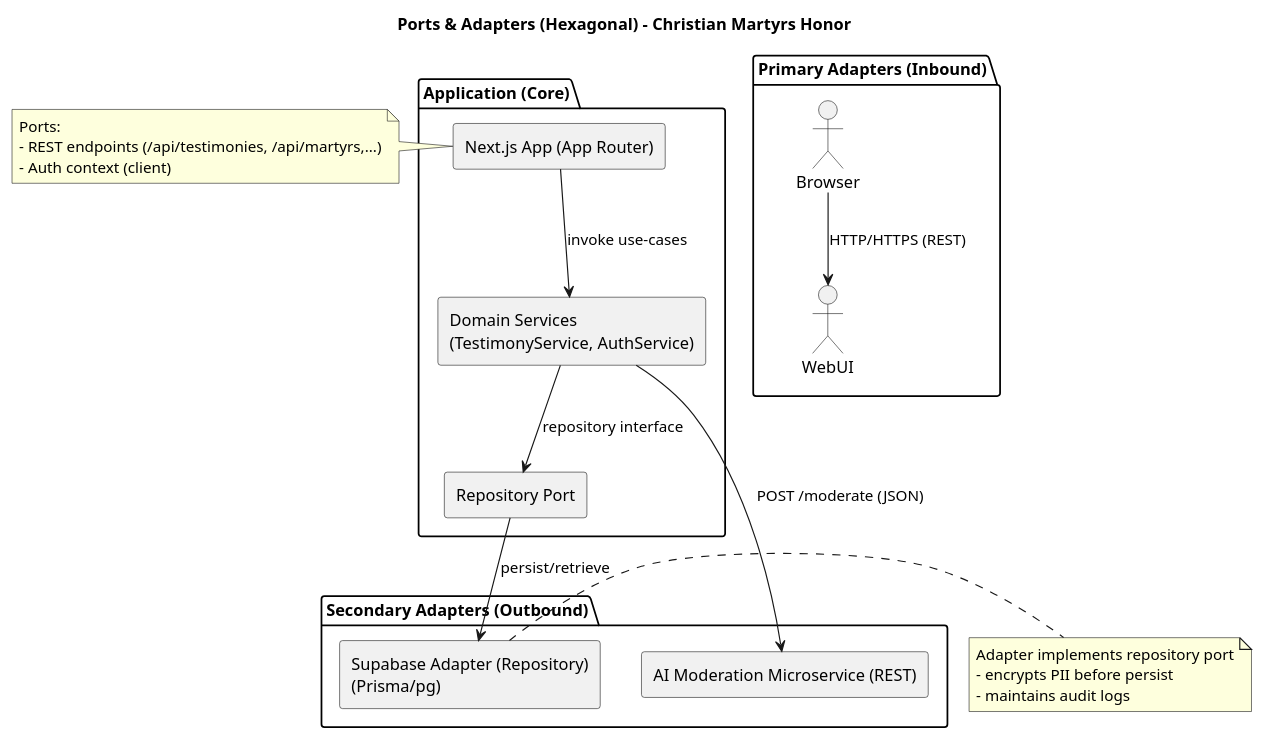
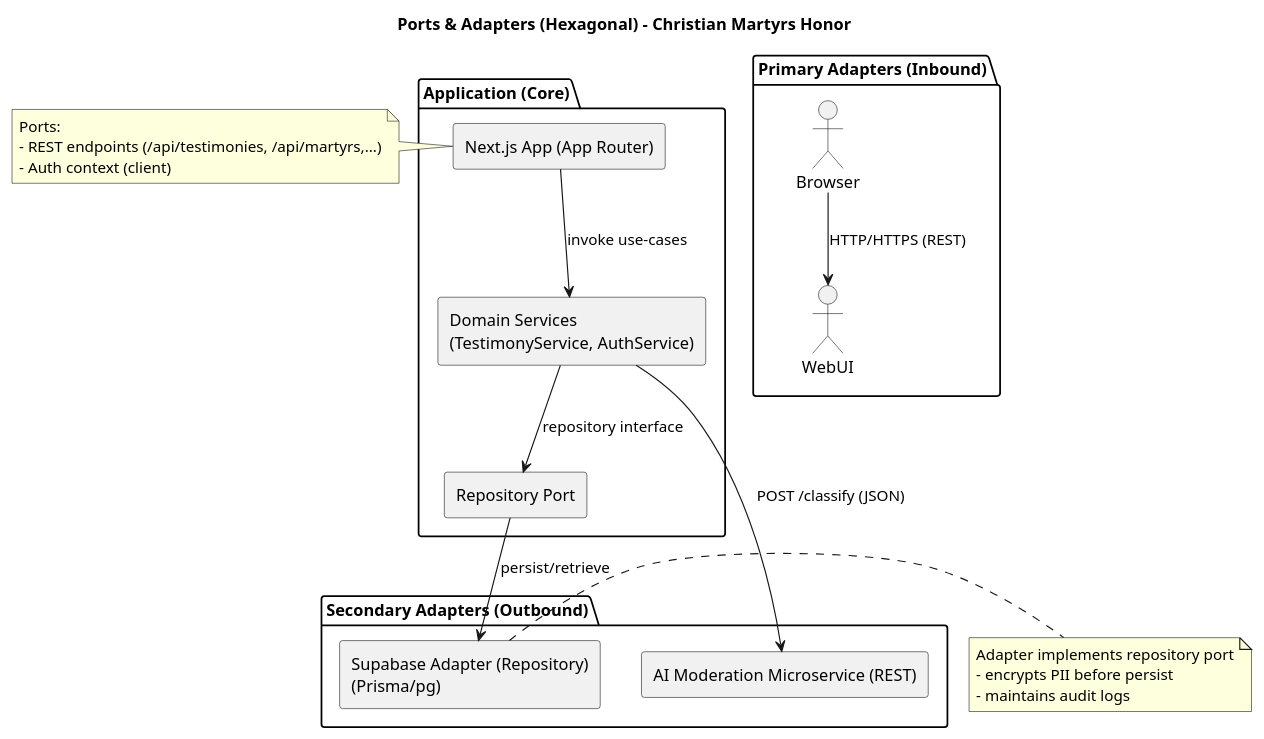
Before and after one commit to WAJoseph/christian-martyrs-honor: the diagram in docs/diagrams/ports_and_adapters.puml, drawn with PlantUML. The commit also changed 4 other files, not shown here.

Commit message:
fix: diagrams

```diff
--- a/docs/diagrams/ports_and_adapters.puml
+++ b/docs/diagrams/ports_and_adapters.puml
@@ -1,36 +1,36 @@
 @startuml
 title Ports & Adapters (Hexagonal) - Christian Martyrs Honor
 
 package "Primary Adapters (Inbound)" {
   actor Browser
   Browser --> WebUI : HTTP/HTTPS (REST)
 }
 
 package "Application (Core)" {
   rectangle "Next.js App (App Router)" as NextApp
   rectangle "Domain Services\n(TestimonyService, AuthService)" as Domain
   rectangle "Repository Port" as RepoPort
   NextApp --> Domain : invoke use-cases
   Domain --> RepoPort : repository interface
 }
 
 package "Secondary Adapters (Outbound)" {
   rectangle "Supabase Adapter (Repository)\n(Prisma/pg)" as SupabaseAdapter
   rectangle "AI Moderation Microservice (REST)" as AIMod
   RepoPort --> SupabaseAdapter : persist/retrieve
-  Domain --> AIMod : POST /moderate (JSON)
+  Domain --> AIMod : POST /classify (JSON)
 }
 
 note left of NextApp
   Ports:
   - REST endpoints (/api/testimonies, /api/martyrs,...)
   - Auth context (client)
 end note
 
 note right of SupabaseAdapter
   Adapter implements repository port
   - encrypts PII before persist
   - maintains audit logs
 end note
 
 @enduml
```
